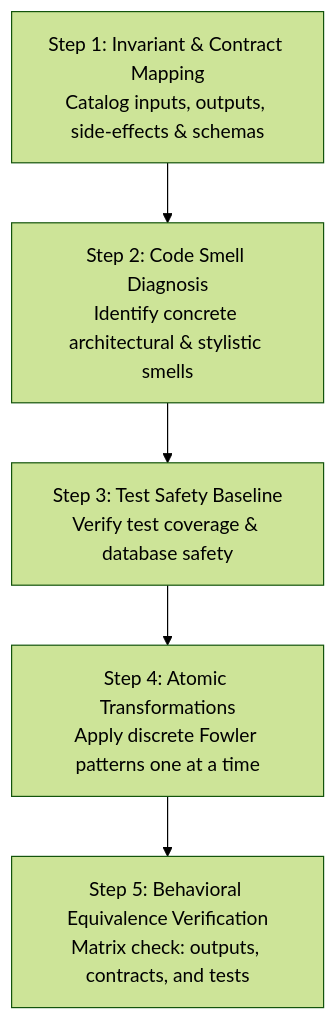
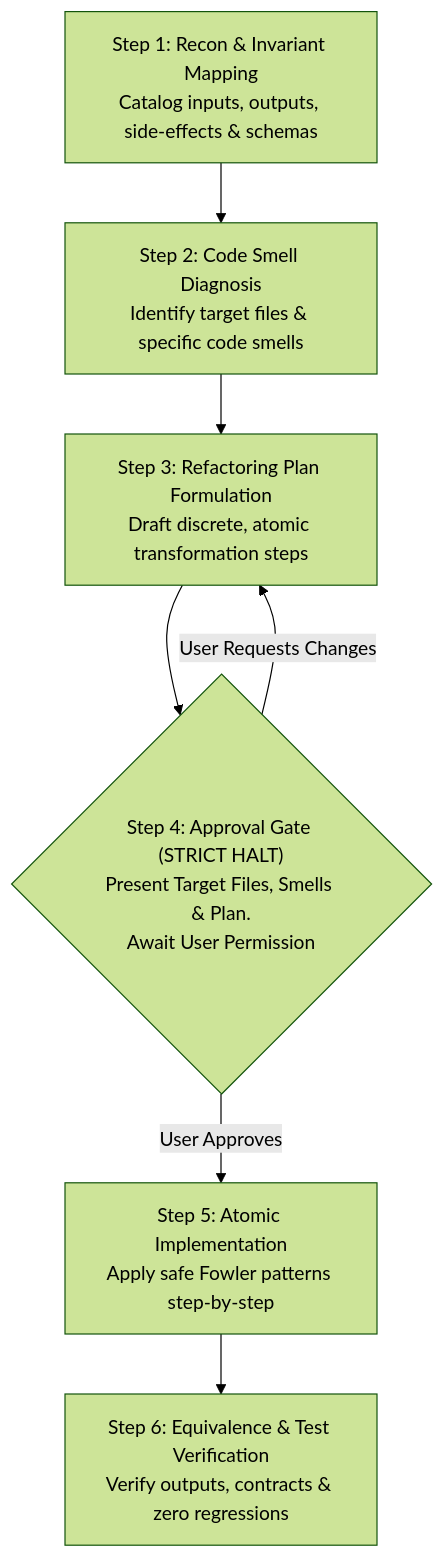
One commit to arabeladuran/engineering-workflow changed the diagram in skills/refactor/SKILL.md. Above: the diagram before and after it, drawn with Mermaid (forest theme). The commit also changed other lines of this file and 1 other file, not shown here.

Commit message:
adjust refactor skill to create a plan and ask for user approval before implementing changes

````diff
--- a/skills/refactor/SKILL.md
+++ b/skills/refactor/SKILL.md
@@ -58,7 +50,9 @@
 ```mermaid
 flowchart TD
-    S1["Step 1: Invariant & Contract Mapping<br/>Catalog inputs, outputs, side-effects & schemas"] --> S2["Step 2: Code Smell Diagnosis<br/>Identify concrete architectural & stylistic smells"]
-    S2 --> S3["Step 3: Test Safety Baseline<br/>Verify test coverage & database safety"]
-    S3 --> S4["Step 4: Atomic Transformations<br/>Apply discrete Fowler patterns one at a time"]
-    S4 --> S5["Step 5: Behavioral Equivalence Verification<br/>Matrix check: outputs, contracts, and tests"]
+    S1["Step 1: Recon & Invariant Mapping<br/>Catalog inputs, outputs, side-effects & schemas"] --> S2["Step 2: Code Smell Diagnosis<br/>Identify target files & specific code smells"]
+    S2 --> S3["Step 3: Refactoring Plan Formulation<br/>Draft discrete, atomic transformation steps"]
+    S3 --> S4{"Step 4: Approval Gate (STRICT HALT)<br/>Present Target Files, Smells & Plan.<br/>Await User Permission"}
+    S4 -->|User Approves| S5["Step 5: Atomic Implementation<br/>Apply safe Fowler patterns step-by-step"]
+    S4 -->|User Requests Changes| S3
+    S5 --> S6["Step 6: Equivalence & Test Verification<br/>Verify outputs, contracts & zero regressions"]
 ```
````
